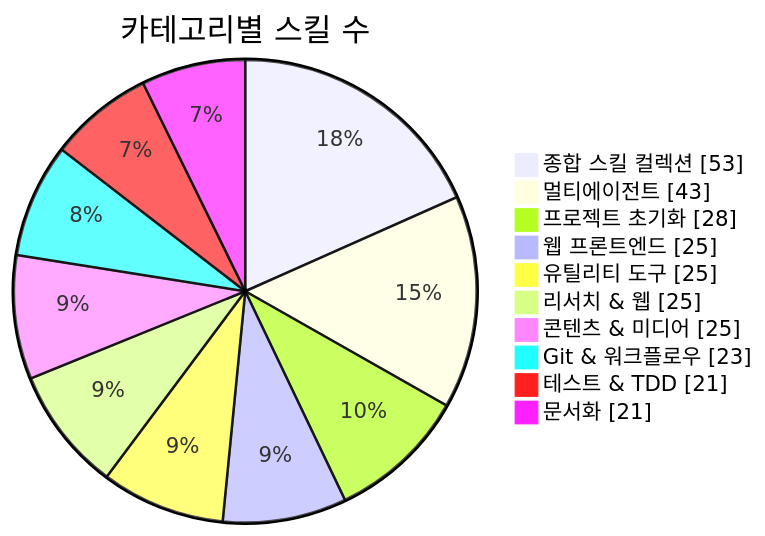
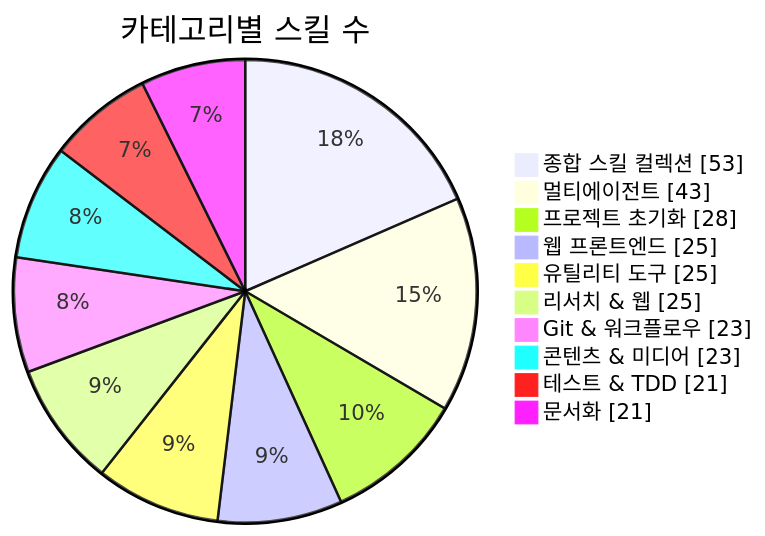
One commit to J-nowcow/awesome-korean-agent-skills changed the first of 3 diagrams in README.md. Above: the diagram before and after it, drawn with Mermaid. The commit also changed other lines of this file and 27 other files, not shown here.

````diff
--- a/README.md
+++ b/README.md
@@ -176,14 +176,14 @@
 ```mermaid
 pie showData
     title 카테고리별 스킬 수
     "종합 스킬 컬렉션" : 53
     "멀티에이전트" : 43
     "프로젝트 초기화" : 28
     "웹 프론트엔드" : 25
     "유틸리티 도구" : 25
     "리서치 & 웹" : 25
-    "콘텐츠 & 미디어" : 25
     "Git & 워크플로우" : 23
+    "콘텐츠 & 미디어" : 23
     "테스트 & TDD" : 21
     "문서화" : 21
 ```
````
